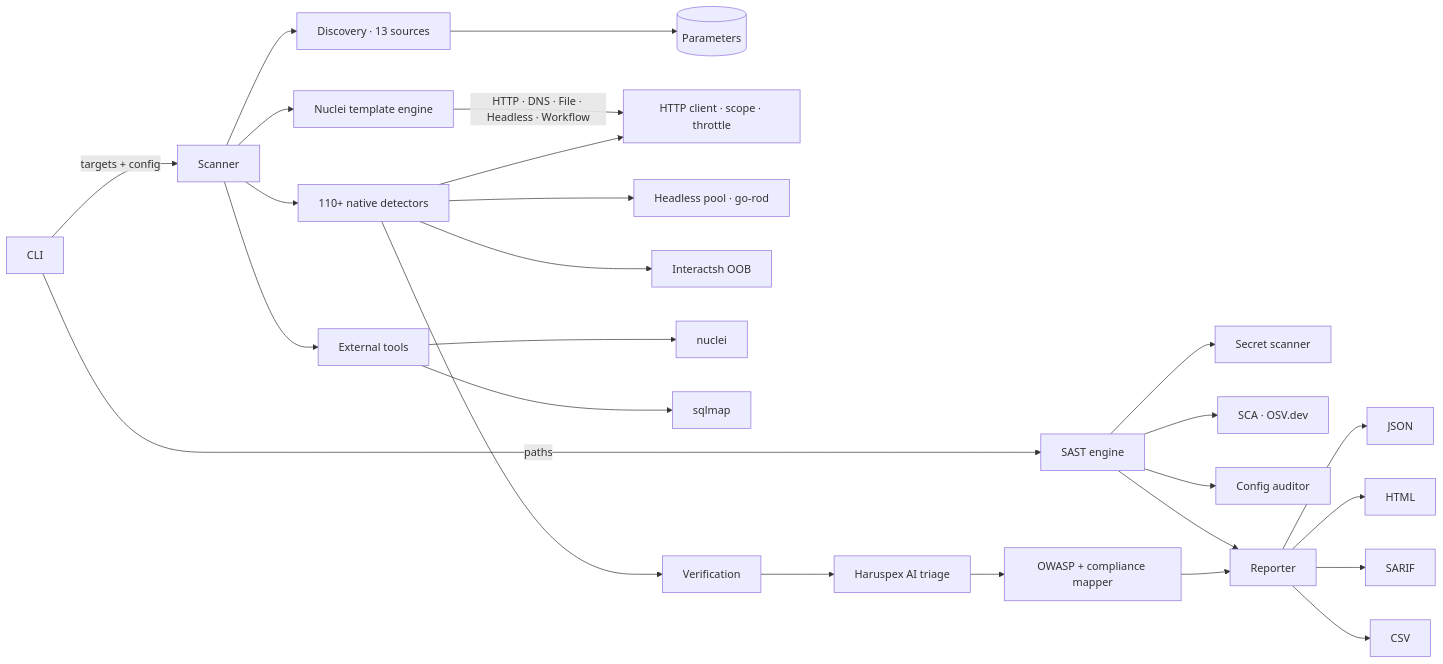
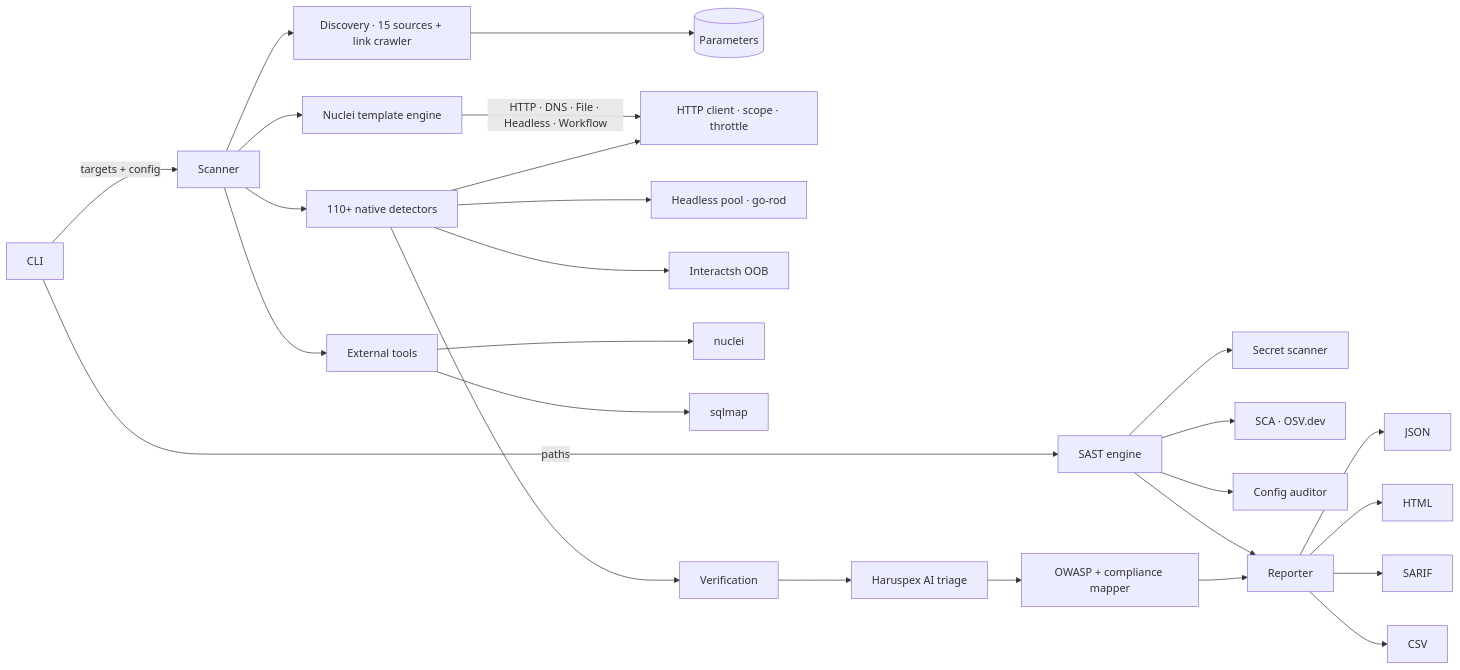
Before and after one commit to TyrusRC/assay: the diagram in README.md, drawn with Mermaid. The commit also changed other lines of this file and 1 other file, not shown here.

````diff
--- a/README.md
+++ b/README.md
@@ -646,25 +649,25 @@
 ```mermaid
 flowchart LR
     CLI -->|targets + config| Scanner
     CLI -->|paths| SAST[SAST engine]
-    Scanner --> Discovery[Discovery · 13 sources]
+    Scanner --> Discovery[Discovery · 15 sources + link crawler]
     Discovery --> Params[(Parameters)]
     Scanner --> Detection[110+ native detectors]
     Detection --> HTTP[HTTP client · scope · throttle]
     Detection --> Headless[Headless pool · go-rod]
     Detection --> OOB[Interactsh OOB]
     Scanner --> Templates[Nuclei template engine]
     Templates -->|HTTP · DNS · File · Headless · Workflow| HTTP
     Scanner --> Tools[External tools]
     Tools --> NucleiBin[nuclei]
     Tools --> SQLMapBin[sqlmap]
     Detection --> Verify[Verification]
     Verify --> Haruspex[Haruspex AI triage]
     Haruspex --> OWASP[OWASP + compliance mapper]
     SAST --> Secrets[Secret scanner]
     SAST --> SCA[SCA · OSV.dev]
     SAST --> Config[Config auditor]
     OWASP --> Reporter
     SAST --> Reporter
     Reporter --> JSON & HTML & SARIF & CSV
 ```
````
